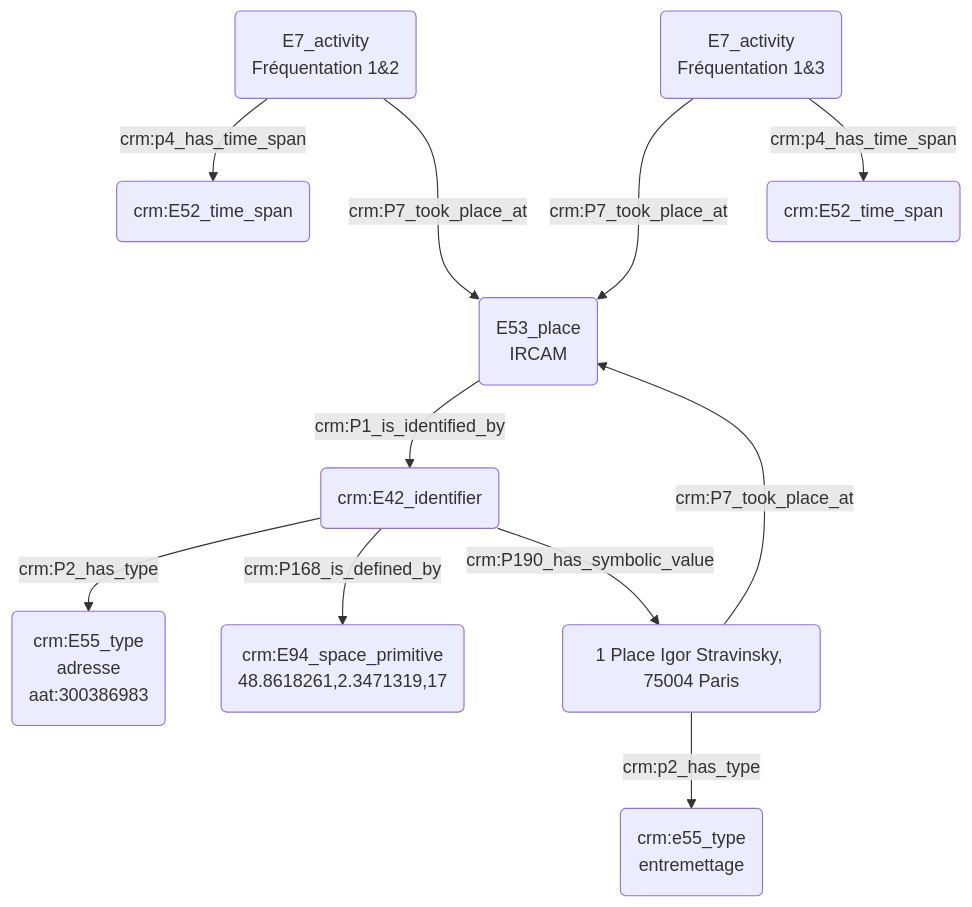
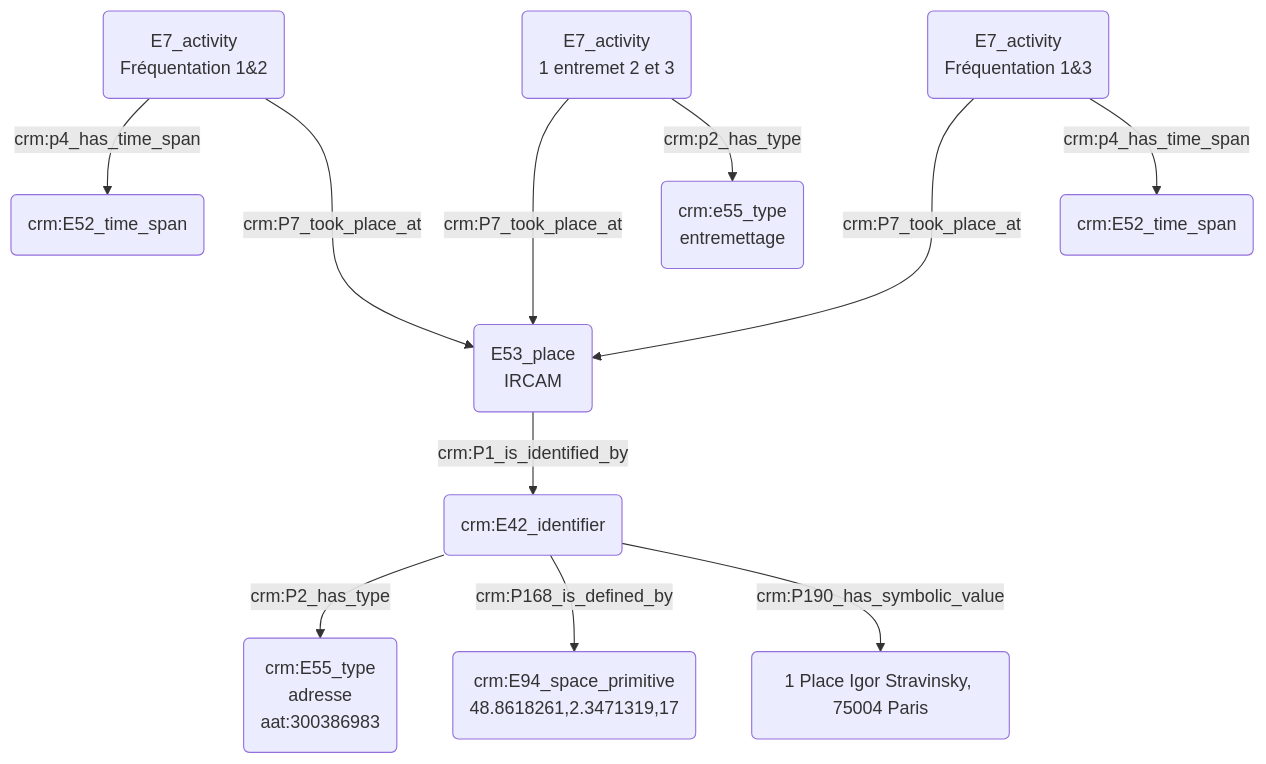
The second of 2 diagrams in modules/livrables/Dossier 2/Prosopographie/rencontre de quelqu'un par le biais d'une tierce personne au sein d'un même lieu.md (Amleth/consortium-musica2-gt2-ontologies), drawn with Mermaid before and after one commit.

Commit message:
Update rencontre de quelqu'un par le biais d'une tierce personne au sein d'un même lieu.md

````diff
--- a/modules/livrables/Dossier 2/Prosopographie/rencontre de quelqu'un par le biais d'une tierce personne au sein d'un même lieu.md
+++ b/modules/livrables/Dossier 2/Prosopographie/rencontre de quelqu'un par le biais d'une tierce personne au sein d'un même lieu.md
@@ -33,17 +33,17 @@
 ```mermaid
 graph TD;
 
 B(E7_activity<br>Fréquentation 1&2) --> |crm:p4_has_time_span| I(crm:E52_time_span)
 B(E7_activity<br>Fréquentation 1&2) --->|crm:P7_took_place_at| K(E53_place<br>IRCAM)
 
 O(E7_activity<br>1 entremet 2 et 3) ---> |crm:P7_took_place_at| K(E53_place<br>IRCAM)
 O(E7_activity<br>1 entremet 2 et 3) --> |crm:p2_has_type| P(crm:e55_type<br>entremettage)
 D(E7_activity<br>Fréquentation 1&3) --->|crm:P7_took_place_at| K(E53_place<br>IRCAM)
 D(E7_activity<br>Fréquentation 1&3) --> |crm:p4_has_time_span| R(crm:E52_time_span)
 
 K(E53_place<br>IRCAM) --> |crm:P1_is_identified_by| L(crm:E42_identifier)
 L(crm:E42_identifier) --> |crm:P2_has_type| M(crm:E55_type<br>adresse<br>aat:300386983)
 L(crm:E42_identifier) --> |crm:P168_is_defined_by| N(crm:E94_space_primitive<br>48.8618261,2.3471319,17)
-L(crm:E42_identifier) --> |crm:P190_has_symbolic_value| O(1 Place Igor Stravinsky, 75004 Paris)
+L(crm:E42_identifier) --> |crm:P190_has_symbolic_value| T(1 Place Igor Stravinsky, 75004 Paris)
 
 ```
````
